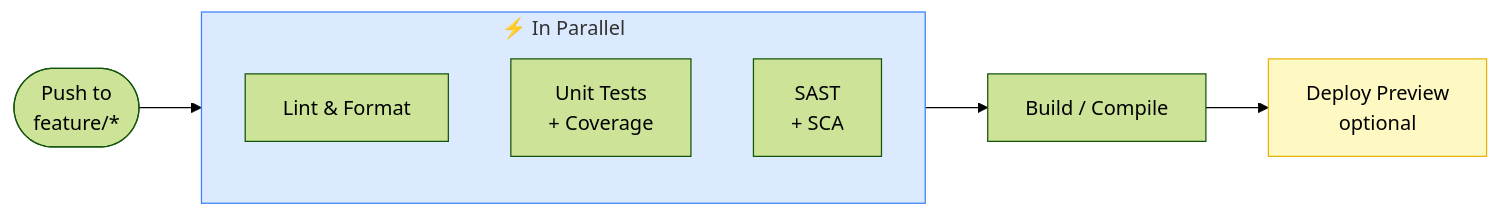
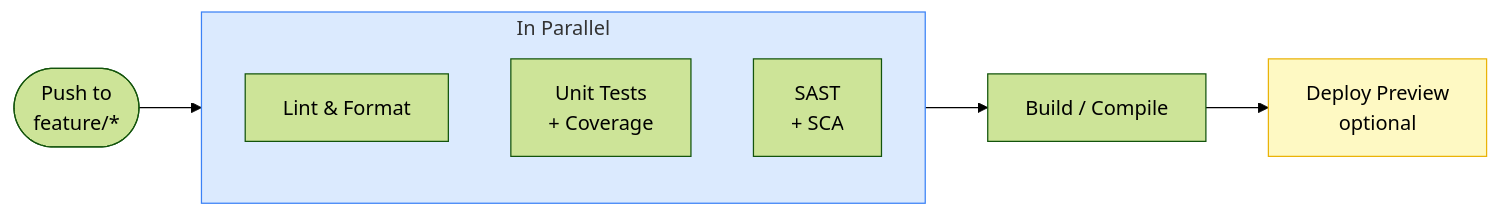
One commit to SavenkovIgor/railing changed the second of 3 diagrams in skills/bp/references/cicd-bp.md. Above: the diagram before and after it, drawn with Mermaid (forest theme). The commit also changed other lines of this file and 2 other files, not shown here.

````diff
--- a/skills/bp/references/cicd-bp.md
+++ b/skills/bp/references/cicd-bp.md
@@ -241,21 +241,21 @@
 ```mermaid
 flowchart LR
     PUSH([Push to
 feature/*]) --> PAR
 
-    subgraph PAR ["⚡ In Parallel"]
+    subgraph PAR ["In Parallel"]
         direction TB
         L[Lint & Format]
         U[Unit Tests
 + Coverage]
         S[SAST
 + SCA]
     end
 
     PAR --> BUILD[Build / Compile]
     BUILD --> PREV[Deploy Preview
  optional]
 
     style PAR fill:#dbeafe,stroke:#3b82f6
     style PREV fill:#fef9c3,stroke:#eab308
 ```
````
